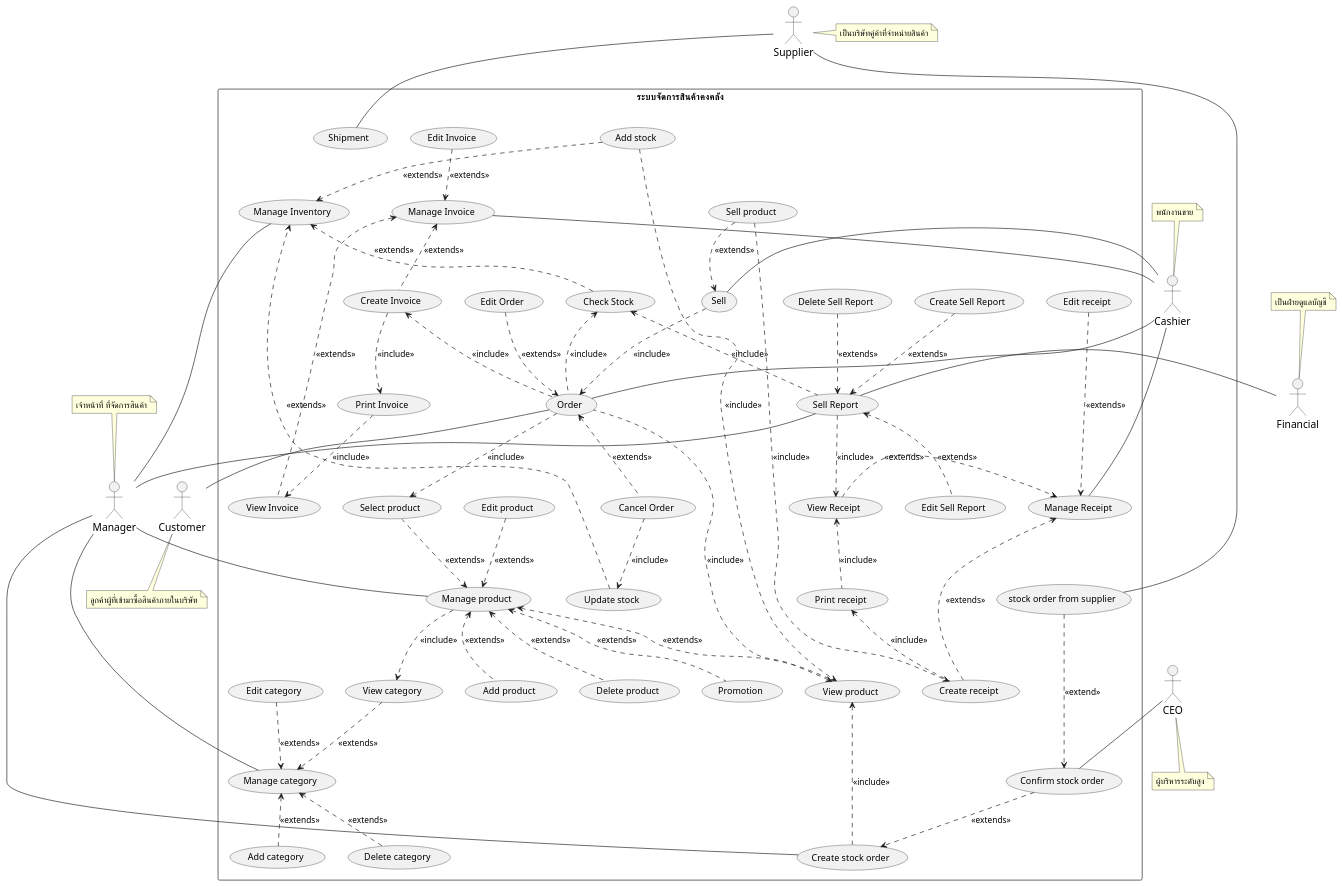
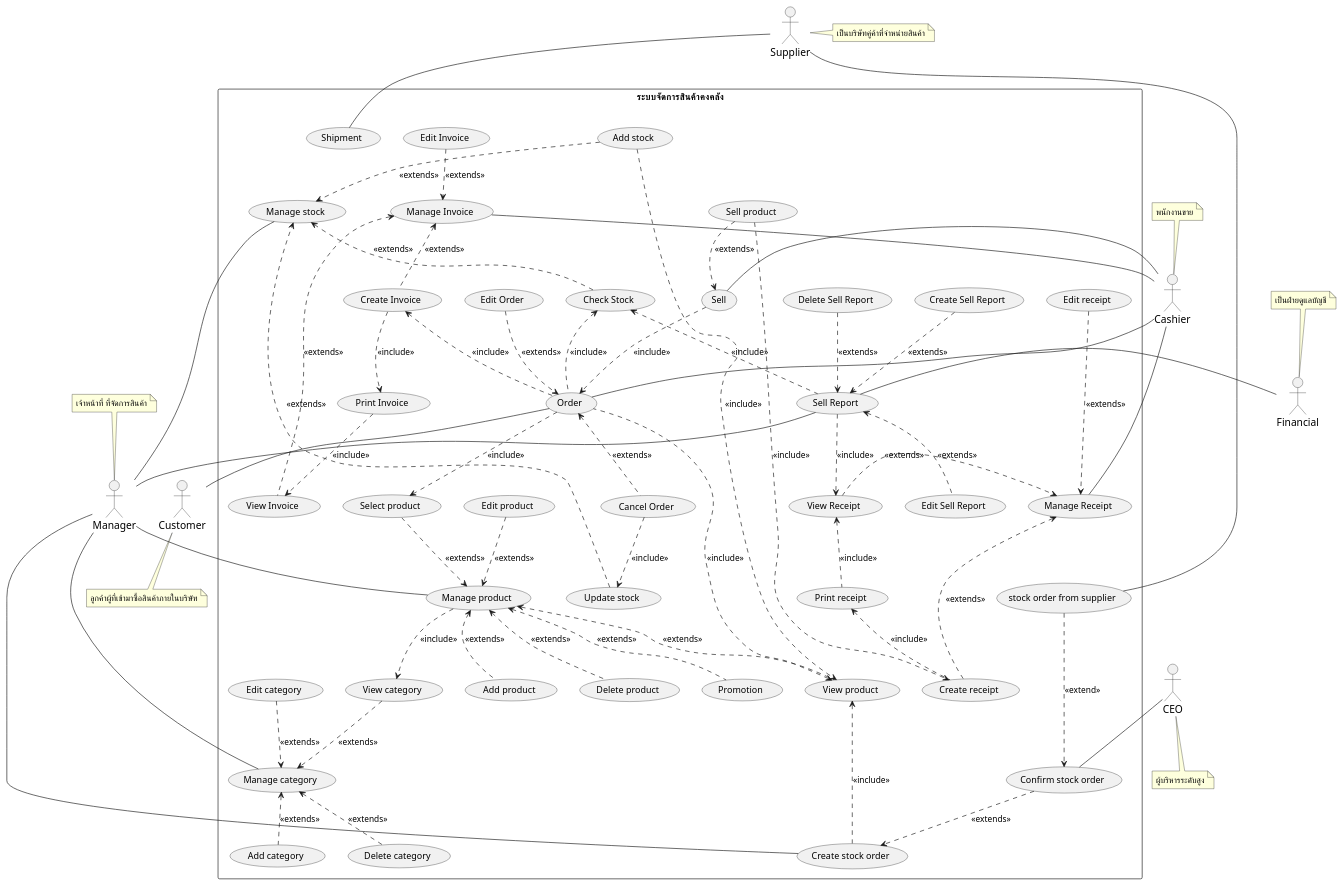
One commit to billowdev/inventory-system-plantuml-sequelize-seeder-example changed the diagram in system-analysis/usecase/_0_usecase-diagram.puml. Above: the diagram before and after it, drawn with PlantUML. The commit also changed 13 other files, not shown here.

Commit message:
class diagram

```diff
--- a/system-analysis/usecase/_0_usecase-diagram.puml
+++ b/system-analysis/usecase/_0_usecase-diagram.puml
@@ -94,7 +94,7 @@
     usecase (Confirm stock order) as (usecaseConfirmStockOrder)
 
     ' ================ Stock ================
-    usecase (Manage Inventory) as (usecaseInventory)
+    usecase (Manage stock) as (usecaseStock)
     usecase (Check Stock) as (usecaseCheckStock)
     usecase (Add stock) as (usecaseAddStock)
     usecase (Update stock) as (usecaseUpdateStock)
@@ -148,12 +148,12 @@
 
     ' ================ Stock ================
     actorSupplier -down- (usecaseShipment)
-    (usecaseInventory) - actorManager
+    (usecaseStock) - actorManager
 
-    (usecaseAddStock) ..> (usecaseInventory) : <<extends>>
+    (usecaseAddStock) ..> (usecaseStock) : <<extends>>
     (usecaseAddStock) ..> (usecaseViewProduct) : <<include>>
-    (usecaseUpdateStock) ..> (usecaseInventory) : <<extends>>
-    (usecaseInventory) <.. (usecaseCheckStock) : <<extends>>
+    (usecaseUpdateStock) ..> (usecaseStock) : <<extends>>
+    (usecaseStock) <.. (usecaseCheckStock) : <<extends>>
 
     ' ================ Sell ================
     (usecaseSellProduct) ..> (usecaseSell) : <<extends>>
```
